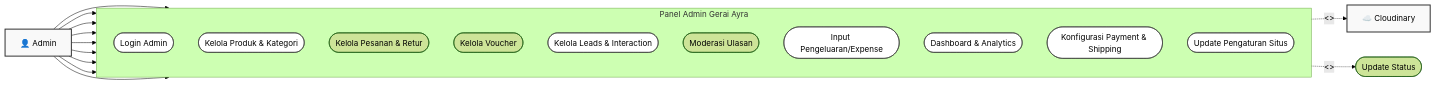
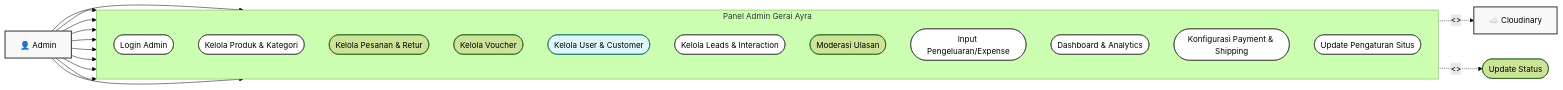
The second of 2 diagrams in usecase-diagram.md (Grinti123/gerai-ayra-fullstack), drawn with Mermaid (forest theme) before and after one commit. The commit also changed other lines of this file and 1 other file, not shown here.

````diff
--- a/usecase-diagram.md
+++ b/usecase-diagram.md
@@ -78,57 +77,60 @@
 ```mermaid
 graph LR
     %% Actors
     A["👤 Admin"]
     CL["☁️ Cloudinary"]
 
     %% System Boundary
     subgraph "Panel Admin Gerai Ayra"
         direction TB
         
         %% Auth
         UA1([Login Admin])
         
         %% Core Mgmt
         UA3([Kelola Produk & Kategori])
         UA7([Kelola Pesanan & Retur])
         UA15([Kelola Voucher])
+        UA25([Kelola User & Customer])
         
         %% CRM & Marketing
         UA21([Kelola Leads & Interaction])
         UA9([Moderasi Ulasan])
         
         %% Finance & Analytics
         UA22([Input Pengeluaran/Expense])
         UA11([Dashboard & Analytics])
         
         %% Configuration
         UA23([Konfigurasi Payment & Shipping])
         UA24([Update Pengaturan Situs])
     end
 
     %% Actor Links
     A --> UA1
     A --> UA3
     A --> UA7
     A --> UA15
+    A --> UA25
     A --> UA21
     A --> UA22
     A --> UA11
     A --> UA23
     A --> UA24
 
     %% Internal Details (Hidden for clarity in main view, but part of logic)
     UA3 -.->|<<include>>| CL
     UA7 -.->|<<include>>| UA8([Update Status])
 
     %% Styling
     style A fill:#f9f9f9,stroke:#333,stroke-width:2px
     style CL fill:#f9f9f9,stroke:#333,stroke-width:2px
     style UA1 fill:#fff,stroke:#333,stroke-width:1px
     style UA3 fill:#fff,stroke:#333,stroke-width:1px
+    style UA25 fill:#e0f7fa,stroke:#006064,stroke-width:1px
     style UA21 fill:#fff,stroke:#333,stroke-width:1px
     style UA22 fill:#fff,stroke:#333,stroke-width:1px
     style UA11 fill:#fff,stroke:#333,stroke-width:1px
     style UA23 fill:#fff,stroke:#333,stroke-width:1px
     style UA24 fill:#fff,stroke:#333,stroke-width:1px
 ```
````
